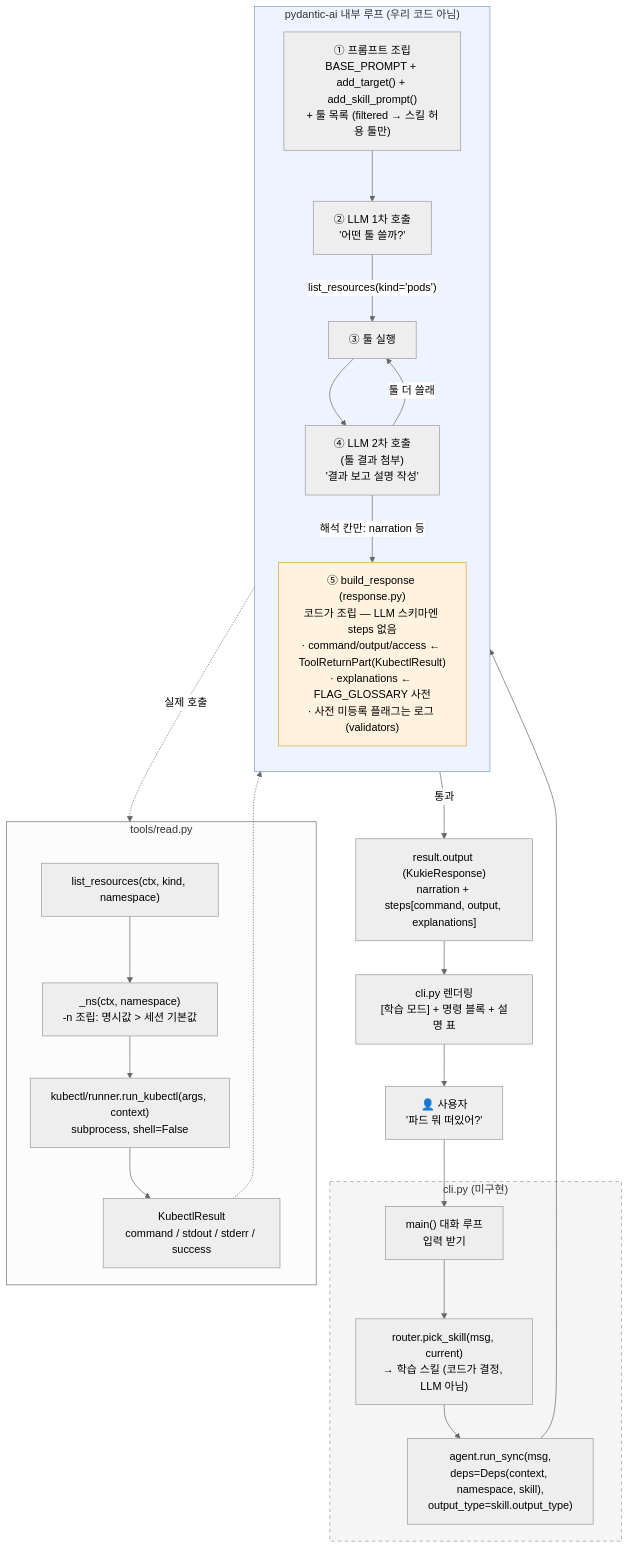
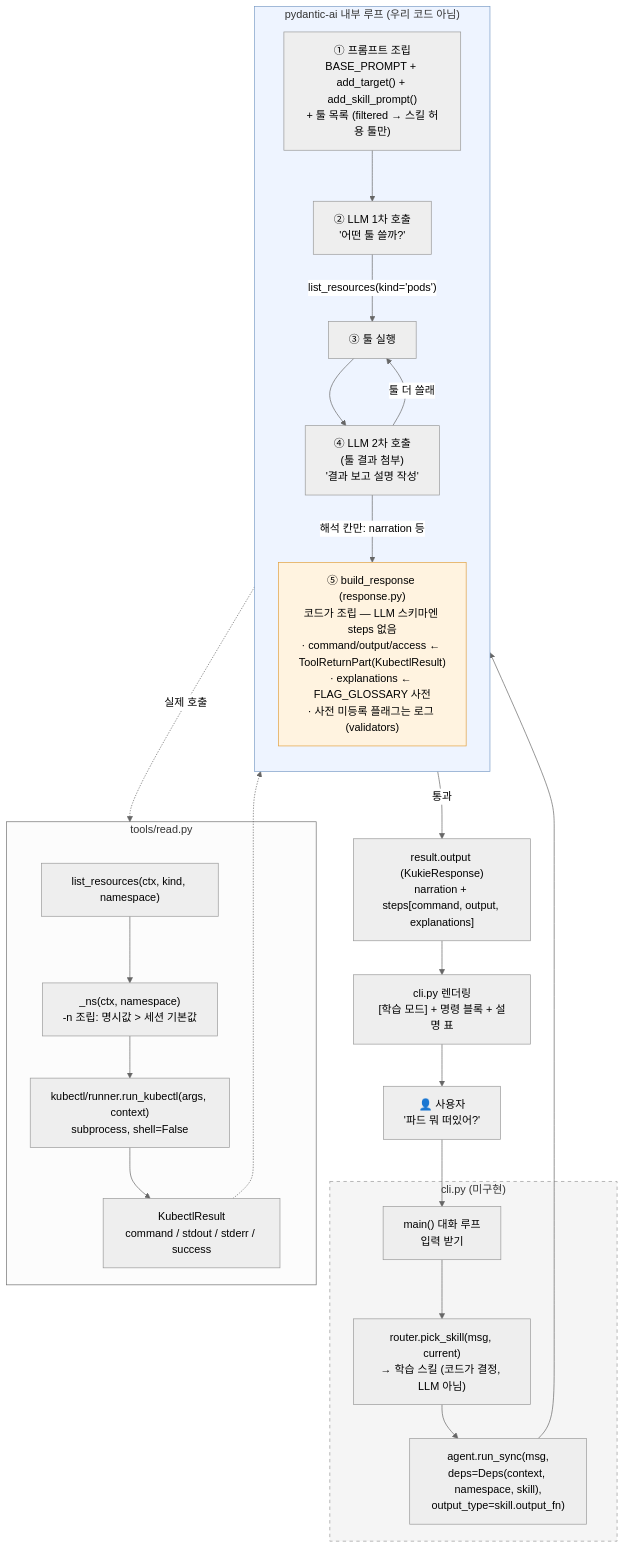
One commit to durokukie/agent changed the first of 3 diagrams in docs/agent-flow.md. Above: the diagram before and after it, drawn with Mermaid (neutral theme).

Commit message:
docs: agent-flow 다이어그램의 output_type을 skill.output_fn으로 (CodeRabbit 반영)

````diff
--- a/docs/agent-flow.md
+++ b/docs/agent-flow.md
@@ -8,40 +8,40 @@
 ```mermaid
 flowchart TD
     U["👤 사용자<br/>'파드 뭐 떠있어?'"] --> CLI
 
     subgraph CLI_["cli.py (미구현)"]
         CLI["main() 대화 루프<br/>입력 받기"]
         CLI --> R["router.pick_skill(msg, current)<br/>→ 학습 스킬 (코드가 결정, LLM 아님)"]
-        R --> RUN["agent.run_sync(msg,<br/>deps=Deps(context, namespace, skill),<br/>output_type=skill.output_type)"]
+        R --> RUN["agent.run_sync(msg,<br/>deps=Deps(context, namespace, skill),<br/>output_type=skill.output_fn)"]
     end
 
     RUN --> PA
 
     subgraph PA["pydantic-ai 내부 루프 (우리 코드 아님)"]
         direction TB
         P1["① 프롬프트 조립<br/>BASE_PROMPT + add_target() + add_skill_prompt()<br/>+ 툴 목록 (filtered → 스킬 허용 툴만)"]
         P1 --> L1["② LLM 1차 호출<br/>'어떤 툴 쓸까?'"]
         L1 -->|"list_resources(kind='pods')"| T
         T["③ 툴 실행"] --> L2["④ LLM 2차 호출<br/>(툴 결과 첨부)<br/>'결과 보고 설명 작성'"]
         L2 -->|"툴 더 쓸래"| T
         L2 -->|"해석 칸만: narration 등"| V["⑤ build_response (response.py)<br/>코드가 조립 — LLM 스키마엔 steps 없음<br/>· command/output/access ← ToolReturnPart(KubectlResult)<br/>· explanations ← FLAG_GLOSSARY 사전<br/>· 사전 미등록 플래그는 로그 (validators)"]
     end
 
     T -.->|"실제 호출"| RT
 
     subgraph RT["tools/read.py"]
         RT1["list_resources(ctx, kind, namespace)"]
         RT1 --> NS["_ns(ctx, namespace)<br/>-n 조립: 명시값 > 세션 기본값"]
         NS --> RK["kubectl/runner.run_kubectl(args, context)<br/>subprocess, shell=False"]
         RK --> KR["KubectlResult<br/>command / stdout / stderr / success"]
     end
 
     KR -.-> T
     V -->|"통과"| OUT["result.output (KukieResponse)<br/>narration + steps[command, output, explanations]"]
     OUT --> CLI2["cli.py 렌더링<br/>[학습 모드] + 명령 블록 + 설명 표"]
     CLI2 --> U
 
     style CLI_ fill:#f5f5f5,stroke:#999,stroke-dasharray: 5 5
     style PA fill:#eef4ff,stroke:#7a9cc6
     style V fill:#fff3e0,stroke:#e0a040
 ```
````
